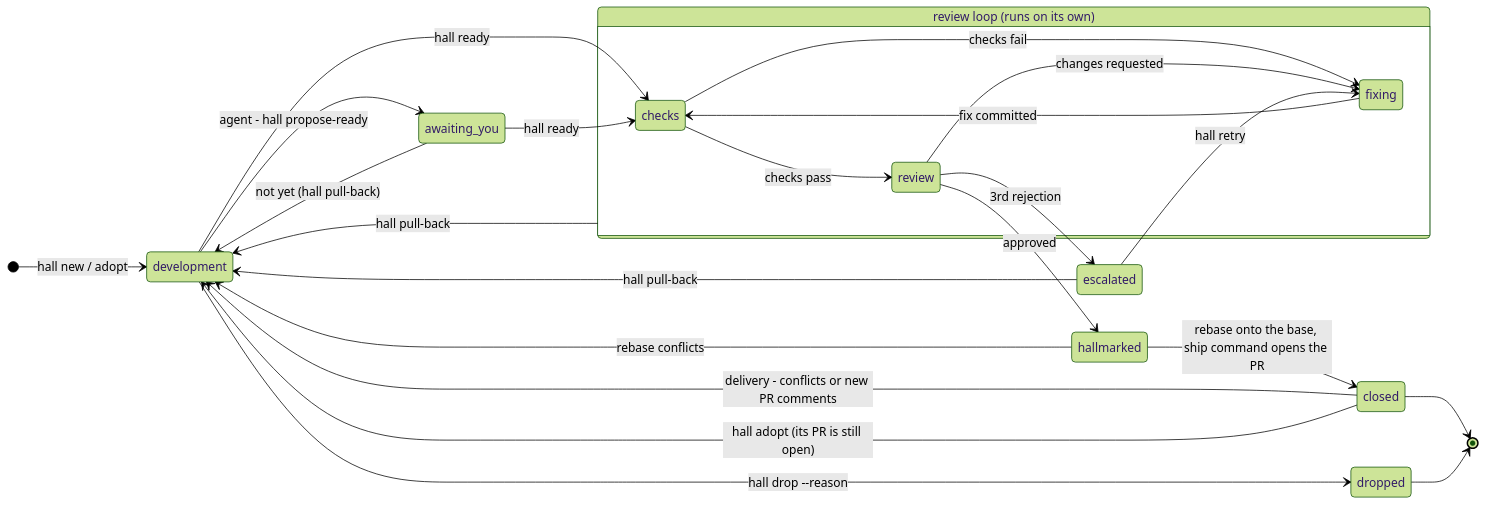
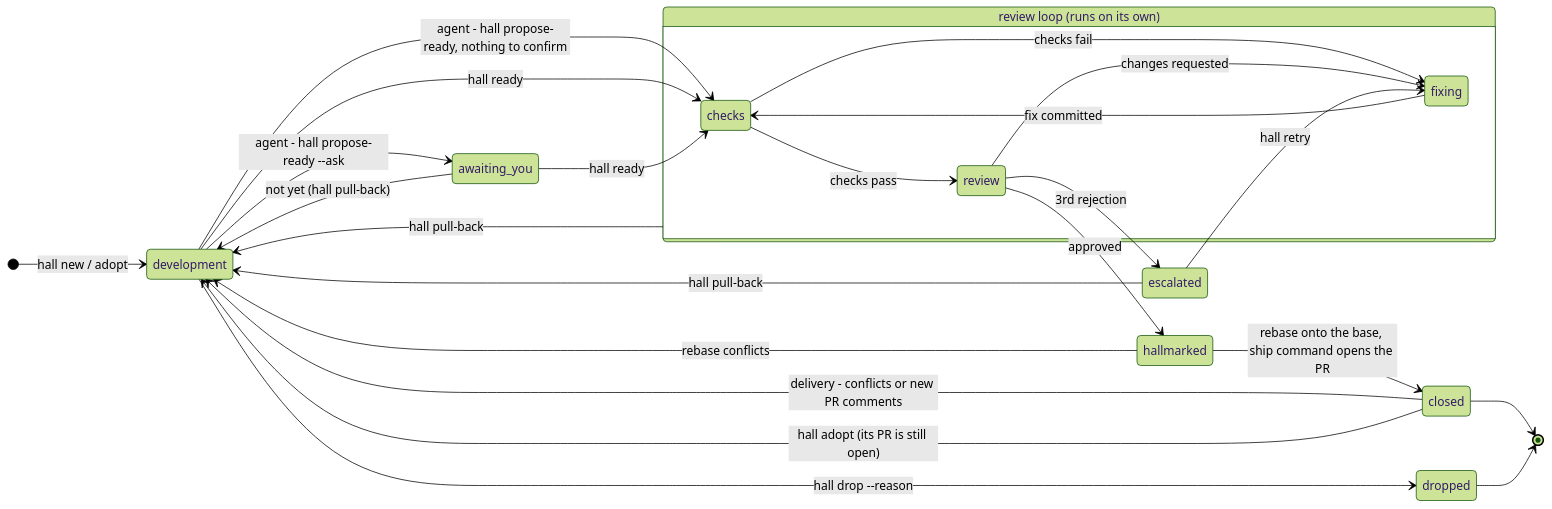
Before and after one commit to tiagocolombo/hallmark: the diagram in README.md, drawn with Mermaid (forest theme). The commit also changed other lines of this file and 17 other files, not shown here.

First line of the commit message:
feat: done with nothing left to confirm goes straight to review

````diff
--- a/README.md
+++ b/README.md
@@ -71,27 +71,28 @@
 ```mermaid
 stateDiagram-v2
     direction LR
     [*] --> development: hall new / adopt
-    development --> awaiting_you: agent - hall propose-ready
+    development --> checks: agent - hall propose-ready, nothing to confirm
+    development --> awaiting_you: agent - hall propose-ready --ask
     awaiting_you --> development: not yet (hall pull-back)
     development --> checks: hall ready
     awaiting_you --> checks: hall ready
     state "review loop (runs on its own)" as loop {
         checks --> review: checks pass
         checks --> fixing: checks fail
         review --> fixing: changes requested
         fixing --> checks: fix committed
     }
     review --> escalated: 3rd rejection
     escalated --> fixing: hall retry
     review --> hallmarked: approved
     hallmarked --> closed: rebase onto the base, ship command opens the PR
     hallmarked --> development: rebase conflicts
     closed --> development: delivery - conflicts or new PR comments
     loop --> development: hall pull-back
     escalated --> development: hall pull-back
     development --> dropped: hall drop --reason
     closed --> development: hall adopt (its PR is still open)
     closed --> [*]
     dropped --> [*]
 ```
````
